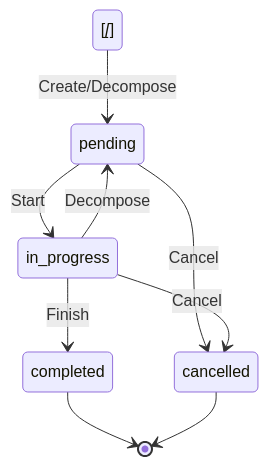
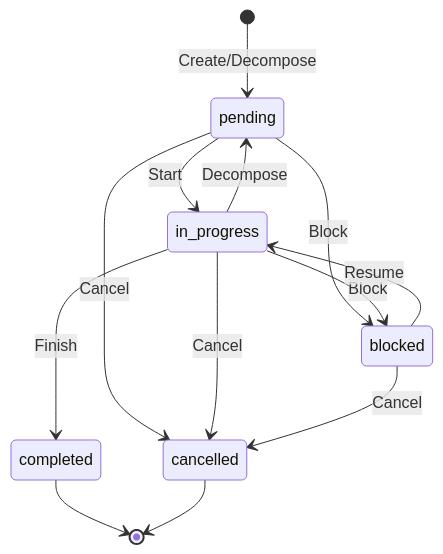
The second of 2 diagrams in docs/requirements-tasks.md (fkxxyz/opencode-cclover), drawn with Mermaid before and after one commit. The commit also changed other lines of this file and 15 other files, not shown here.

````diff
--- a/docs/requirements-tasks.md
+++ b/docs/requirements-tasks.md
@@ -145,11 +153,15 @@
 ```mermaid
 stateDiagram-v2
-    [*[*] --> pending: Create/Decompose
+    [*] --> pending: Create/Decompose
     pending --> in_progress: Start
     pending --> cancelled: Cancel
+    pending --> blocked: Block
     in_progress --> completed: Finish
     in_progress --> cancelled: Cancel
+    in_progress --> blocked: Block
     in_progress --> pending: Decompose
+    blocked --> in_progress: Resume
+    blocked --> cancelled: Cancel
     completed --> [*]
     cancelled --> [*]
 ```
````
